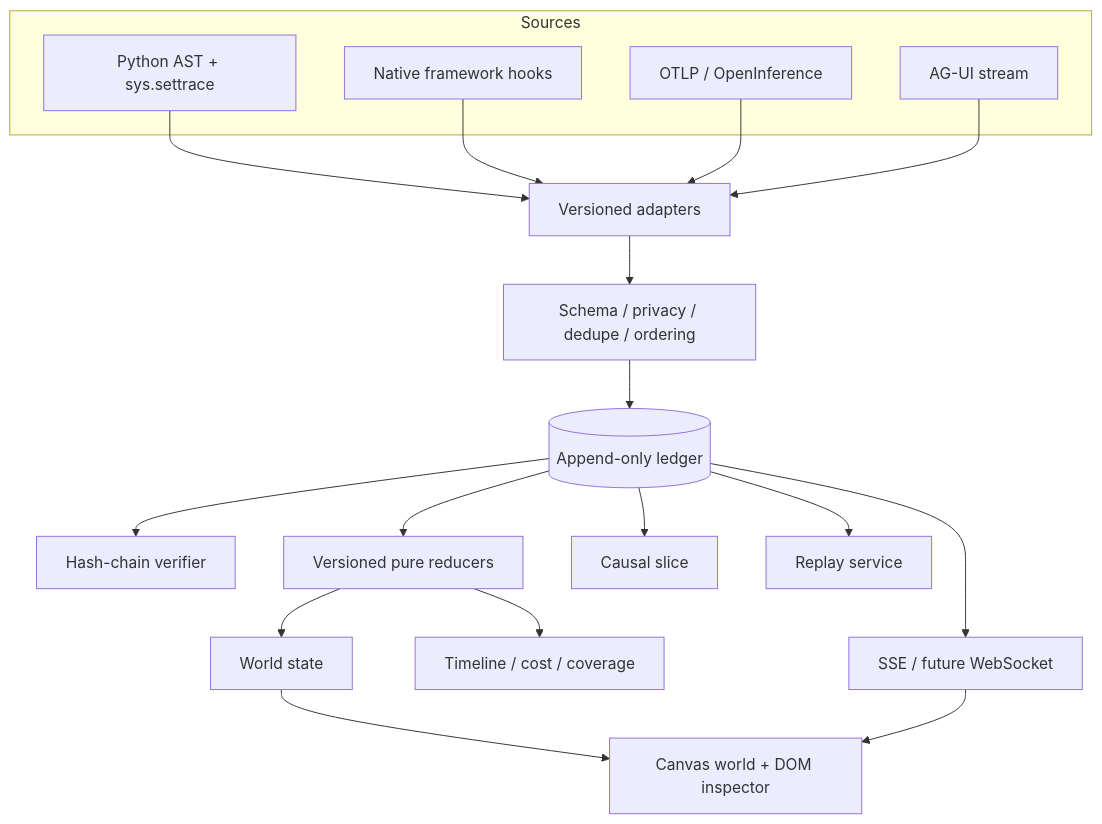
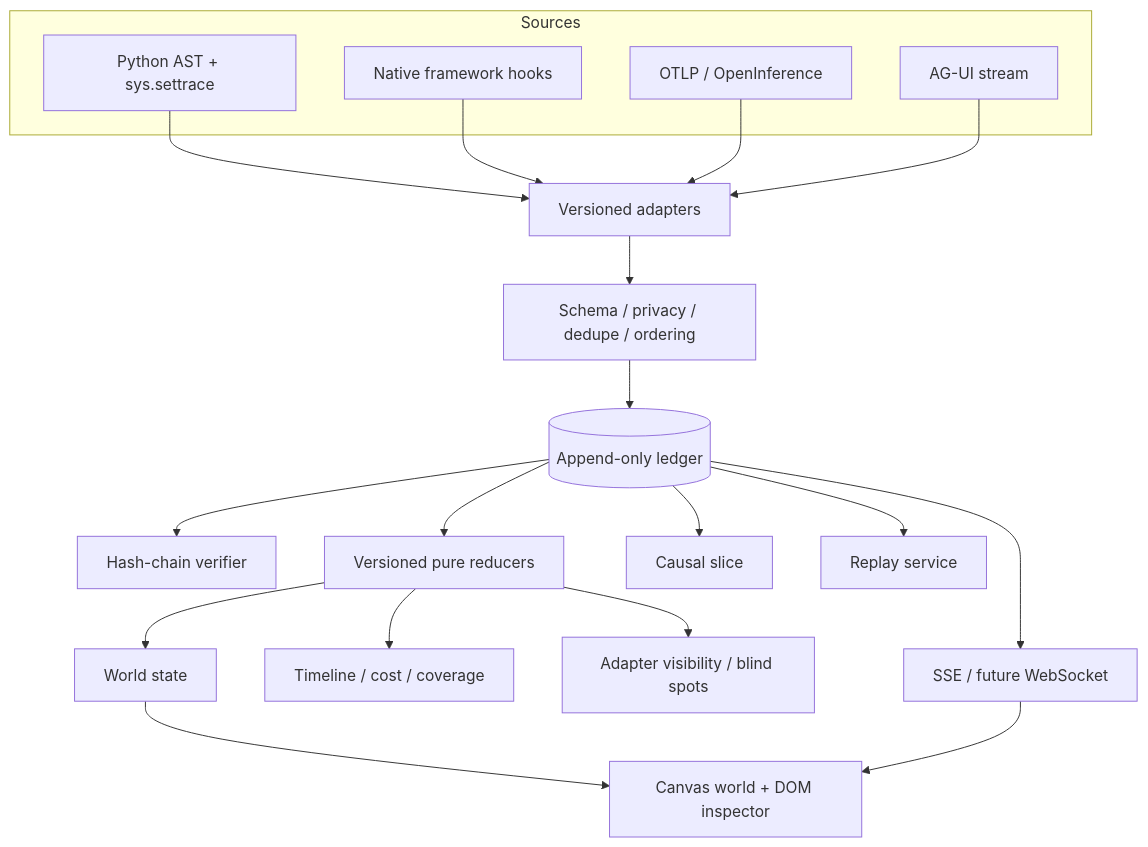
One commit to BaoBao1996121/agent-flow-visualizer changed the diagram in docs/ARCHITECTURE.md. Above: the diagram before and after it, drawn with Mermaid. The commit also changed other lines of this file and 16 other files, not shown here.

Commit message:
feat: expose instrumentation visibility and blind spots

````diff
--- a/docs/ARCHITECTURE.md
+++ b/docs/ARCHITECTURE.md
@@ -7,25 +7,26 @@
 ```mermaid
 flowchart TB
     subgraph Sources
         PY[Python AST + sys.settrace]
         HOOK[Native framework hooks]
         OTEL[OTLP / OpenInference]
         AGUI[AG-UI stream]
     end
 
     PY --> ADAPTER
     HOOK --> ADAPTER[Versioned adapters]
     OTEL --> ADAPTER
     AGUI --> ADAPTER
     ADAPTER --> VALIDATE[Schema / privacy / dedupe / ordering]
     VALIDATE --> LEDGER[(Append-only ledger)]
     LEDGER --> VERIFY[Hash-chain verifier]
     LEDGER --> PROJECT[Versioned pure reducers]
     PROJECT --> WORLD[World state]
     PROJECT --> TIMELINE[Timeline / cost / coverage]
+    PROJECT --> COVERAGE[Adapter visibility / blind spots]
     LEDGER --> CAUSAL[Causal slice]
     LEDGER --> REPLAY[Replay service]
     LEDGER --> STREAM[SSE / future WebSocket]
     WORLD --> UI[Canvas world + DOM inspector]
     STREAM --> UI
 ```
````
